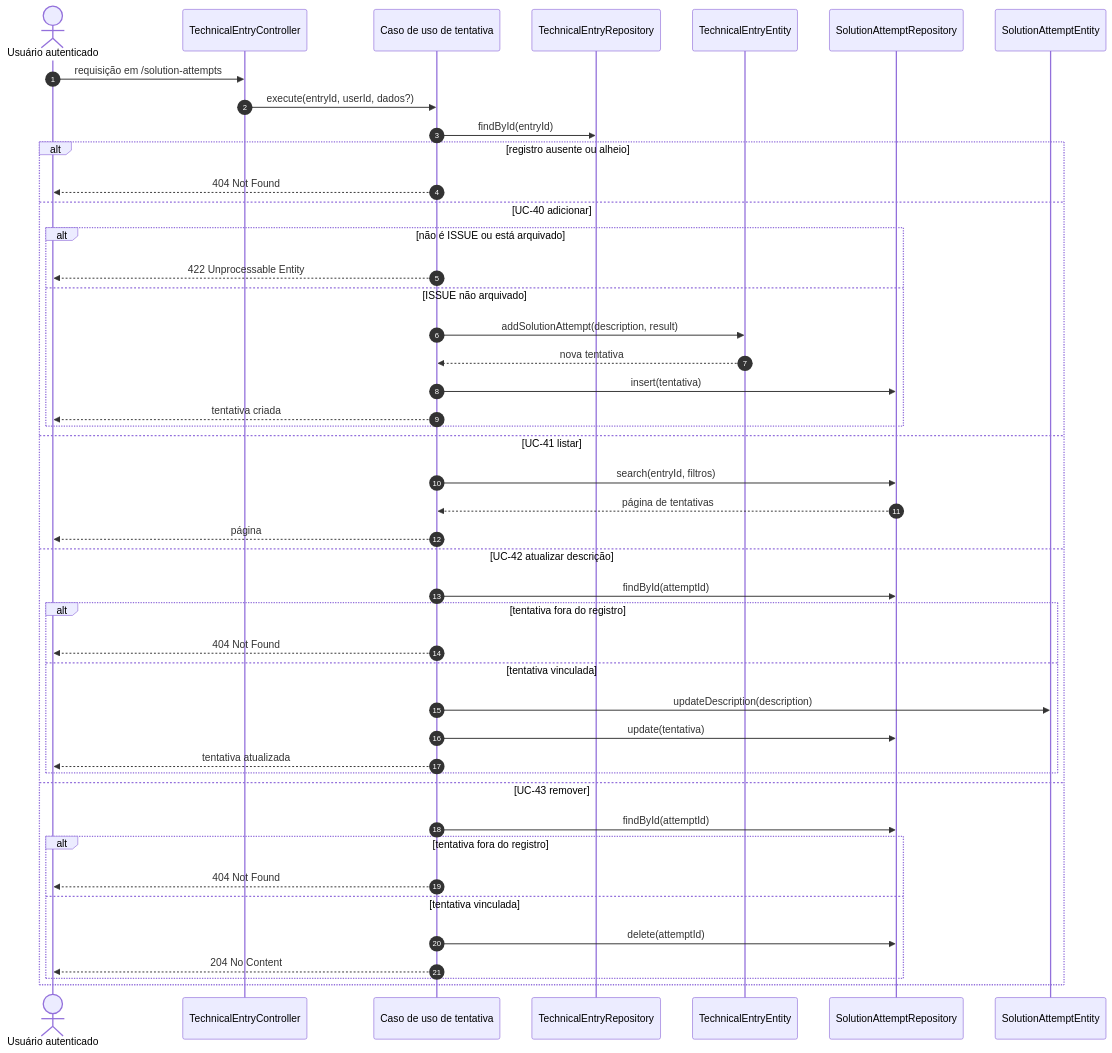
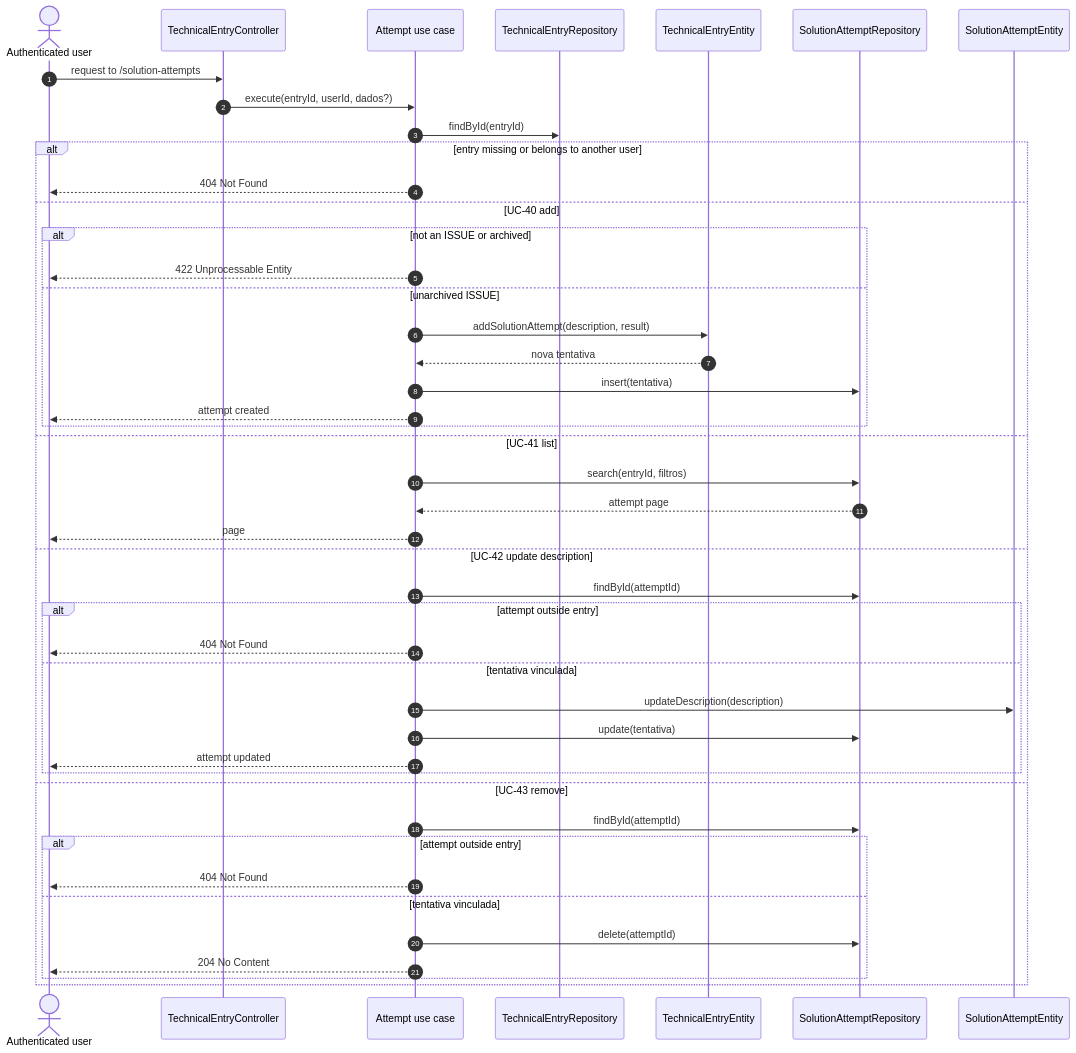
One commit to Lucalopezz/DevLog changed the sixth of 6 diagrams in docs/diagrams/sequences/technical-entries.md. Above: the diagram before and after it, drawn with Mermaid. The commit also changed other lines of this file and 235 other files, not shown here.

````diff
--- a/docs/diagrams/sequences/technical-entries.md
+++ b/docs/diagrams/sequences/technical-entries.md
@@ -195,48 +195,48 @@
 ```mermaid
 sequenceDiagram
     autonumber
-    actor Usuario as Usuário autenticado
+    actor UserActor as Authenticated user
     participant C as TechnicalEntryController
-    participant UC as Caso de uso de tentativa
+    participant UC as Attempt use case
     participant ERepo as TechnicalEntryRepository
     participant Entry as TechnicalEntryEntity
     participant ARepo as SolutionAttemptRepository
     participant Attempt as SolutionAttemptEntity
 
-    Usuario->>C: requisição em /solution-attempts
+    UserActor->>C: request to /solution-attempts
     C->>UC: execute(entryId, userId, dados?)
     UC->>ERepo: findById(entryId)
-    alt registro ausente ou alheio
-        UC-->>Usuario: 404 Not Found
-    else UC-40 adicionar
-        alt não é ISSUE ou está arquivado
-            UC-->>Usuario: 422 Unprocessable Entity
-        else ISSUE não arquivado
+    alt entry missing or belongs to another user
+        UC-->>UserActor: 404 Not Found
+    else UC-40 add
+        alt not an ISSUE or archived
+            UC-->>UserActor: 422 Unprocessable Entity
+        else unarchived ISSUE
             UC->>Entry: addSolutionAttempt(description, result)
             Entry-->>UC: nova tentativa
             UC->>ARepo: insert(tentativa)
-            UC-->>Usuario: tentativa criada
+            UC-->>UserActor: attempt created
         end
-    else UC-41 listar
+    else UC-41 list
         UC->>ARepo: search(entryId, filtros)
-        ARepo-->>UC: página de tentativas
-        UC-->>Usuario: página
-    else UC-42 atualizar descrição
+        ARepo-->>UC: attempt page
+        UC-->>UserActor: page
+    else UC-42 update description
         UC->>ARepo: findById(attemptId)
-        alt tentativa fora do registro
-            UC-->>Usuario: 404 Not Found
+        alt attempt outside entry
+            UC-->>UserActor: 404 Not Found
         else tentativa vinculada
             UC->>Attempt: updateDescription(description)
             UC->>ARepo: update(tentativa)
-            UC-->>Usuario: tentativa atualizada
+            UC-->>UserActor: attempt updated
         end
-    else UC-43 remover
+    else UC-43 remove
         UC->>ARepo: findById(attemptId)
-        alt tentativa fora do registro
-            UC-->>Usuario: 404 Not Found
+        alt attempt outside entry
+            UC-->>UserActor: 404 Not Found
         else tentativa vinculada
             UC->>ARepo: delete(attemptId)
-            UC-->>Usuario: 204 No Content
+            UC-->>UserActor: 204 No Content
         end
     end
 ```
````
